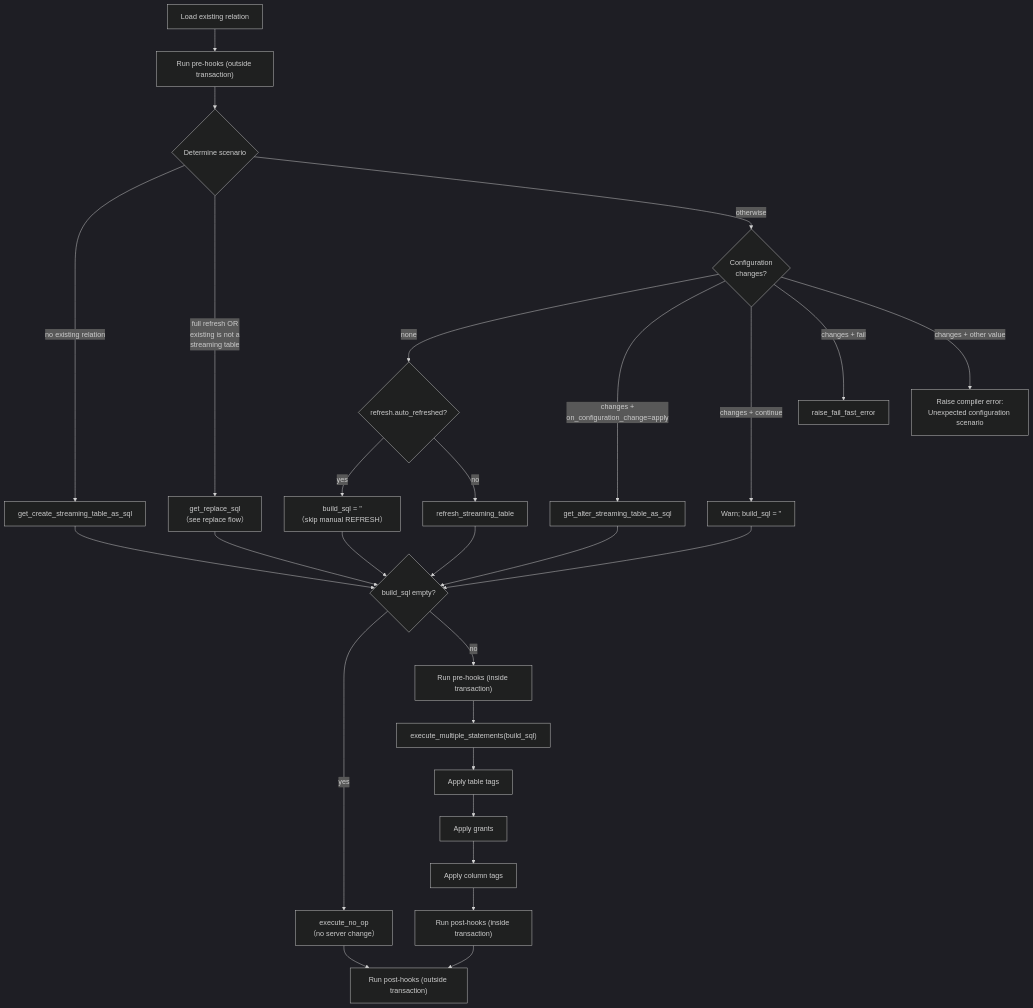
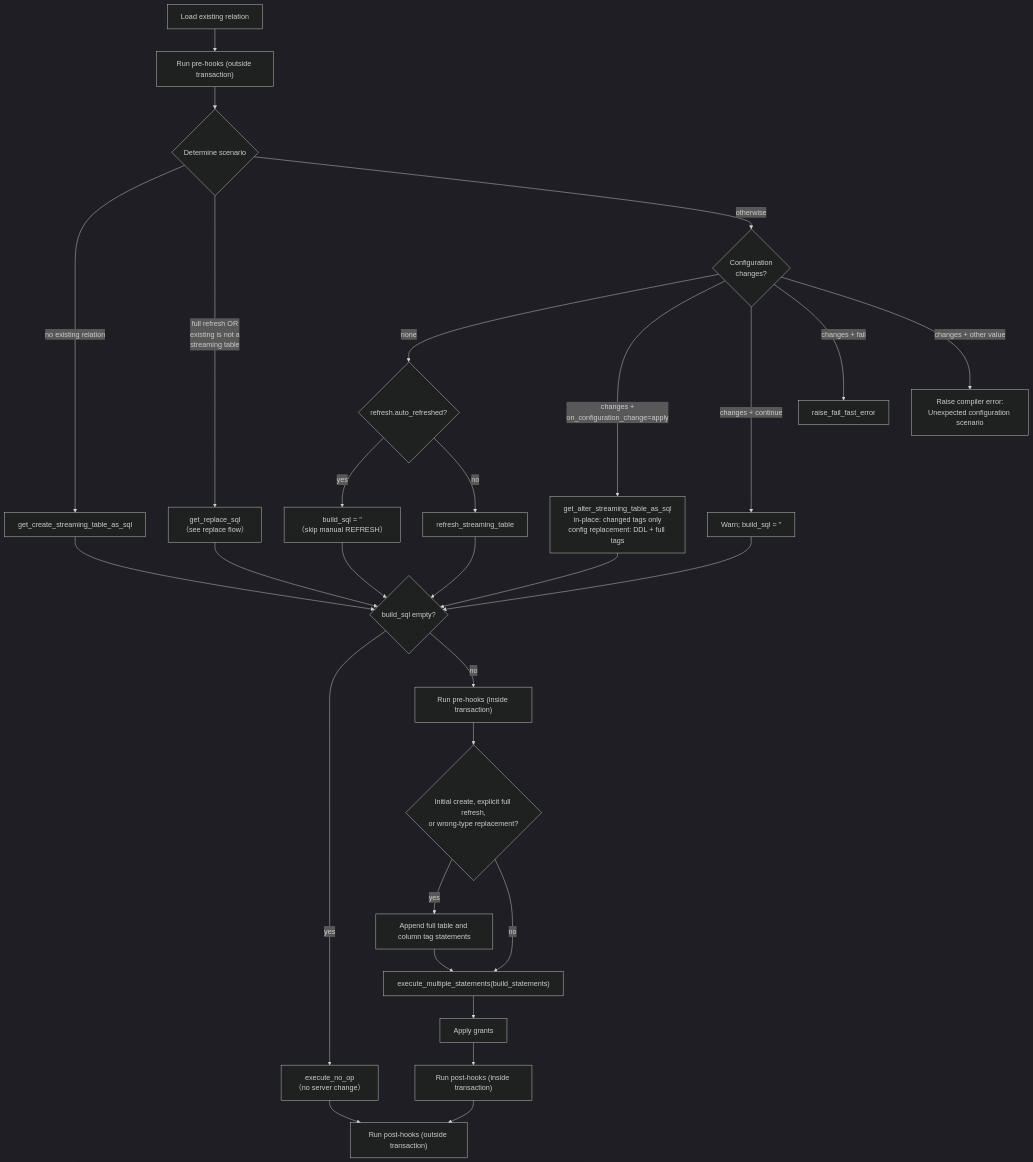
One commit to databricks/dbt-databricks changed the diagram in docs/flow/streaming_table_flow.md. Above: the diagram before and after it, drawn with Mermaid (dark theme). The commit also changed other lines of this file and 16 other files, not shown here.

Commit message:
fix: reconcile tags for materialized views and streaming tables

````diff
--- a/docs/flow/streaming_table_flow.md
+++ b/docs/flow/streaming_table_flow.md
@@ -13,35 +13,36 @@
 ```mermaid
 flowchart TD
     START[Load existing relation] --> PRE["Run pre-hooks (outside transaction)"]
     PRE --> DECIDE{Determine scenario}
 
     DECIDE -- "no existing relation" --> CREATE[get_create_streaming_table_as_sql]
     DECIDE -- "full refresh OR\nexisting is not a\nstreaming table" --> REPLACE[get_replace_sql\n（see replace flow）]
     DECIDE -- "otherwise" --> CFG{Configuration\nchanges?}
 
     CFG -- "none" --> AUTO{refresh.auto_refreshed?}
     AUTO -- yes --> NOOPSQL[build_sql = ''\n（skip manual REFRESH）]
     AUTO -- no --> REFRESH[refresh_streaming_table]
 
-    CFG -- "changes +\non_configuration_change=apply" --> ALTER[get_alter_streaming_table_as_sql]
+    CFG -- "changes +\non_configuration_change=apply" --> ALTER["get_alter_streaming_table_as_sql<br/>in-place: changed tags only<br/>config replacement: DDL + full tags"]
     CFG -- "changes + continue" --> WARN[Warn; build_sql = '']
     CFG -- "changes + fail" --> FAIL[raise_fail_fast_error]
     CFG -- "changes + other value" --> INVALID["Raise compiler error:<br/>Unexpected configuration scenario"]
 
     CREATE --> CHECK
     REPLACE --> CHECK
     REFRESH --> CHECK
     ALTER --> CHECK
     NOOPSQL --> CHECK
     WARN --> CHECK
     CHECK{build_sql empty?}
     CHECK -- yes --> NOOP[execute_no_op\n（no server change）]
     CHECK -- no --> INTX["Run pre-hooks (inside transaction)"]
-    INTX --> EXEC["execute_multiple_statements(build_sql)"]
-    EXEC --> TAGS[Apply table tags]
-    TAGS --> GRANTS[Apply grants]
-    GRANTS --> COLTAGS[Apply column tags]
-    COLTAGS --> POSTIN["Run post-hooks (inside transaction)"]
+    INTX --> OUTERREPLACE{"Initial create, explicit full refresh,<br/>or wrong-type replacement?"}
+    OUTERREPLACE -- yes --> TAGS[Append full table and column tag statements]
+    OUTERREPLACE -- no --> EXEC["execute_multiple_statements(build_statements)"]
+    TAGS --> EXEC
+    EXEC --> GRANTS[Apply grants]
+    GRANTS --> POSTIN["Run post-hooks (inside transaction)"]
     NOOP --> POSTOUT
     POSTIN --> POSTOUT["Run post-hooks (outside transaction)"]
 ```
````
